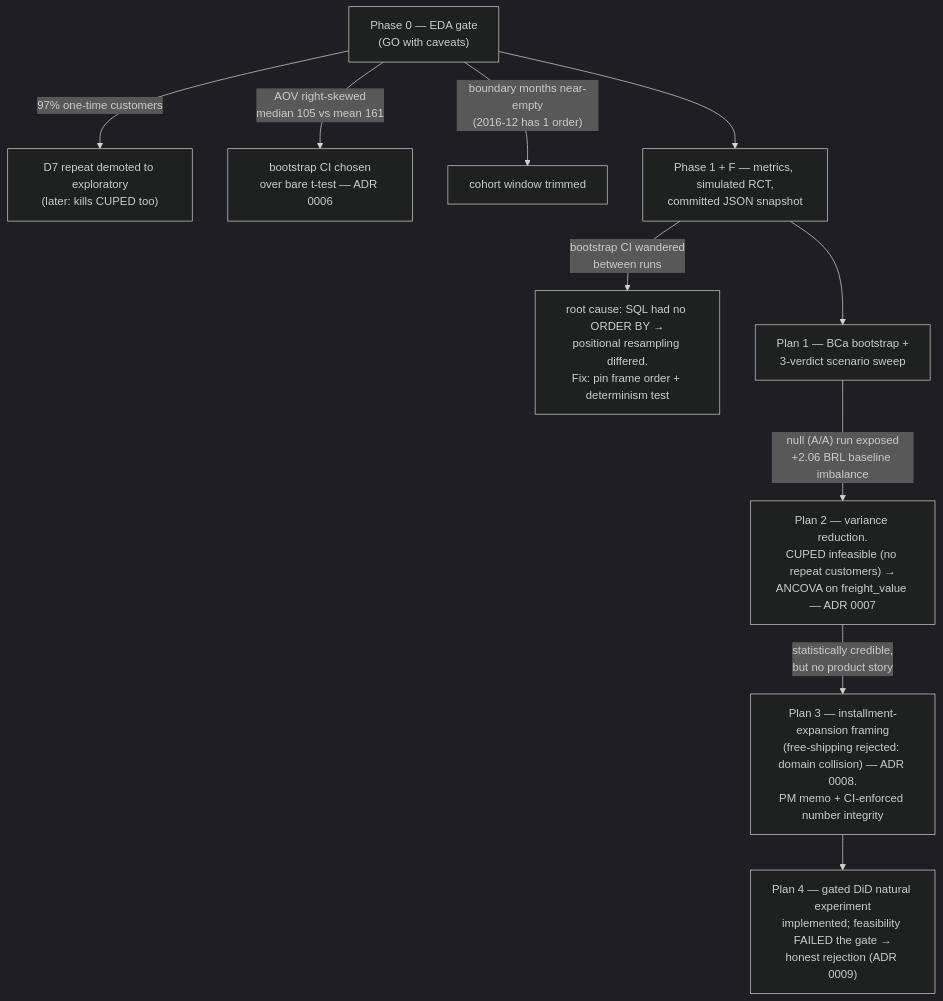
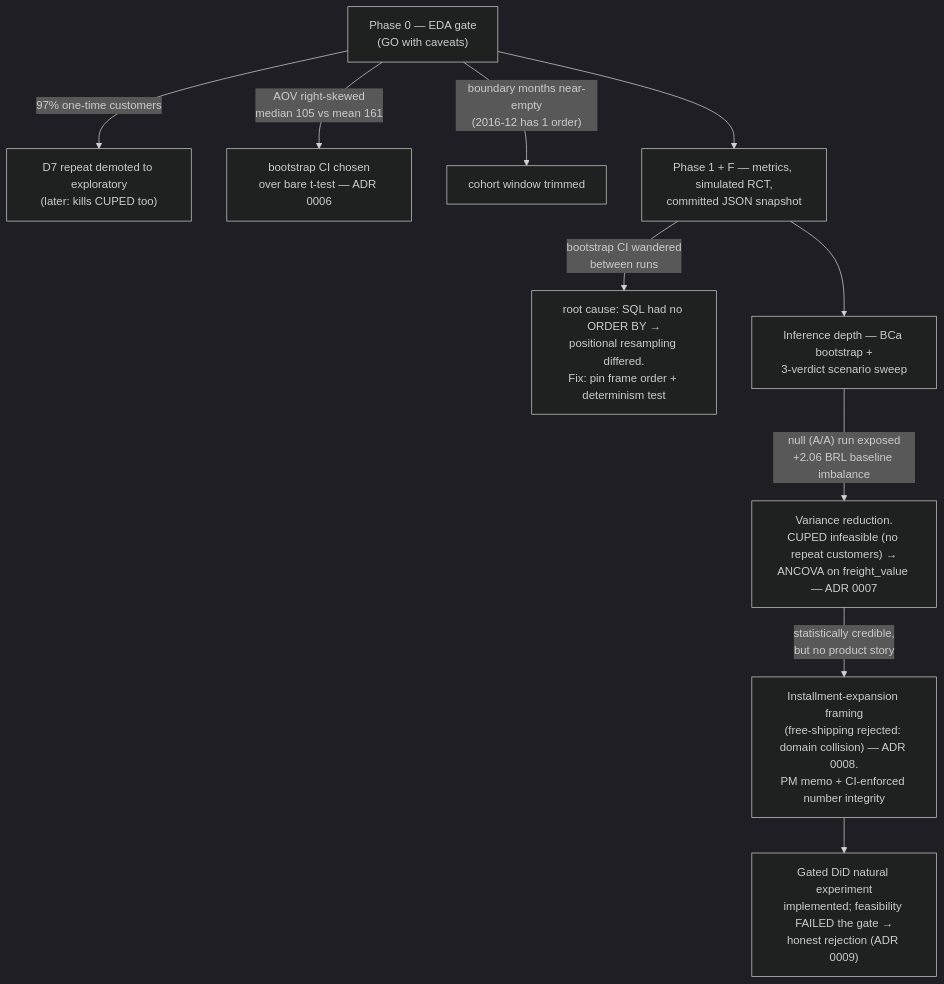
One commit to tirthjoship/product-experimentation changed the second of 5 diagrams in README.md. Above: the diagram before and after it, drawn with Mermaid (dark theme). The commit also changed other lines of this file and 9 other files, not shown here.

````diff
--- a/README.md
+++ b/README.md
@@ -149,13 +150,13 @@
 ```mermaid
 flowchart TD
     P0["Phase 0 — EDA gate<br/>(GO with caveats)"]
     P0 -->|"97% one-time customers"| C1["D7 repeat demoted to exploratory<br/>(later: kills CUPED too)"]
     P0 -->|"AOV right-skewed<br/>median 105 vs mean 161"| C2["bootstrap CI chosen<br/>over bare t-test — ADR 0006"]
     P0 -->|"boundary months near-empty<br/>(2016-12 has 1 order)"| C3["cohort window trimmed"]
     P0 --> P1["Phase 1 + F — metrics, simulated RCT,<br/>committed JSON snapshot"]
     P1 -->|"bootstrap CI wandered<br/>between runs"| C4["root cause: SQL had no ORDER BY →<br/>positional resampling differed.<br/>Fix: pin frame order + determinism test"]
-    P1 --> PL1["Plan 1 — BCa bootstrap +<br/>3-verdict scenario sweep"]
-    PL1 -->|"null (A/A) run exposed<br/>+2.06 BRL baseline imbalance"| PL2["Plan 2 — variance reduction.<br/>CUPED infeasible (no repeat customers) →<br/>ANCOVA on freight_value — ADR 0007"]
-    PL2 -->|"statistically credible,<br/>but no product story"| PL3["Plan 3 — installment-expansion framing<br/>(free-shipping rejected: domain collision) — ADR 0008.<br/>PM memo + CI-enforced number integrity"]
-    PL3 --> PL4["Plan 4 — gated DiD natural experiment<br/>implemented; feasibility FAILED the gate →<br/>honest rejection (ADR 0009)"]
+    P1 --> PL1["Inference depth — BCa bootstrap +<br/>3-verdict scenario sweep"]
+    PL1 -->|"null (A/A) run exposed<br/>+2.06 BRL baseline imbalance"| PL2["Variance reduction.<br/>CUPED infeasible (no repeat customers) →<br/>ANCOVA on freight_value — ADR 0007"]
+    PL2 -->|"statistically credible,<br/>but no product story"| PL3["Installment-expansion framing<br/>(free-shipping rejected: domain collision) — ADR 0008.<br/>PM memo + CI-enforced number integrity"]
+    PL3 --> PL4["Gated DiD natural experiment<br/>implemented; feasibility FAILED the gate →<br/>honest rejection (ADR 0009)"]
 ```
````
